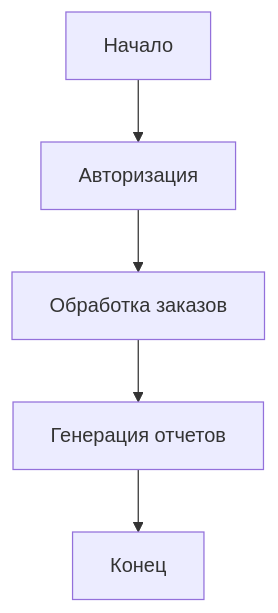
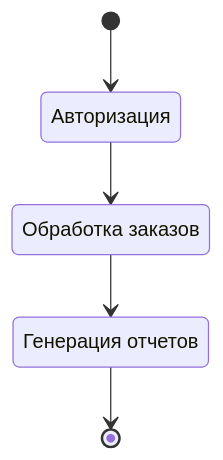
The second of 3 diagrams in lab1/report.md (MANASLU8/chappel-of-examples), drawn with Mermaid before and after one commit. The commit also changed other lines of this file and 1 other file, not shown here.

Commit message:
Добавил диаграмму Use Cases

````diff
--- a/lab1/report.md
+++ b/lab1/report.md
@@ -55,7 +62,11 @@
 ```mermaid
-graph TD
-    A[Начало] --> B[Авторизация]
-    B --> C[Обработка заказов]
-    C --> D[Генерация отчетов]
-    D --> E[Конец]
+stateDiagram-v2
+    auth: Авторизация
+    order: Обработка заказов
+    report: Генерация отчетов
+
+    [*] --> auth
+    auth --> order
+    order --> report
+    report --> [*]
 ```
````
